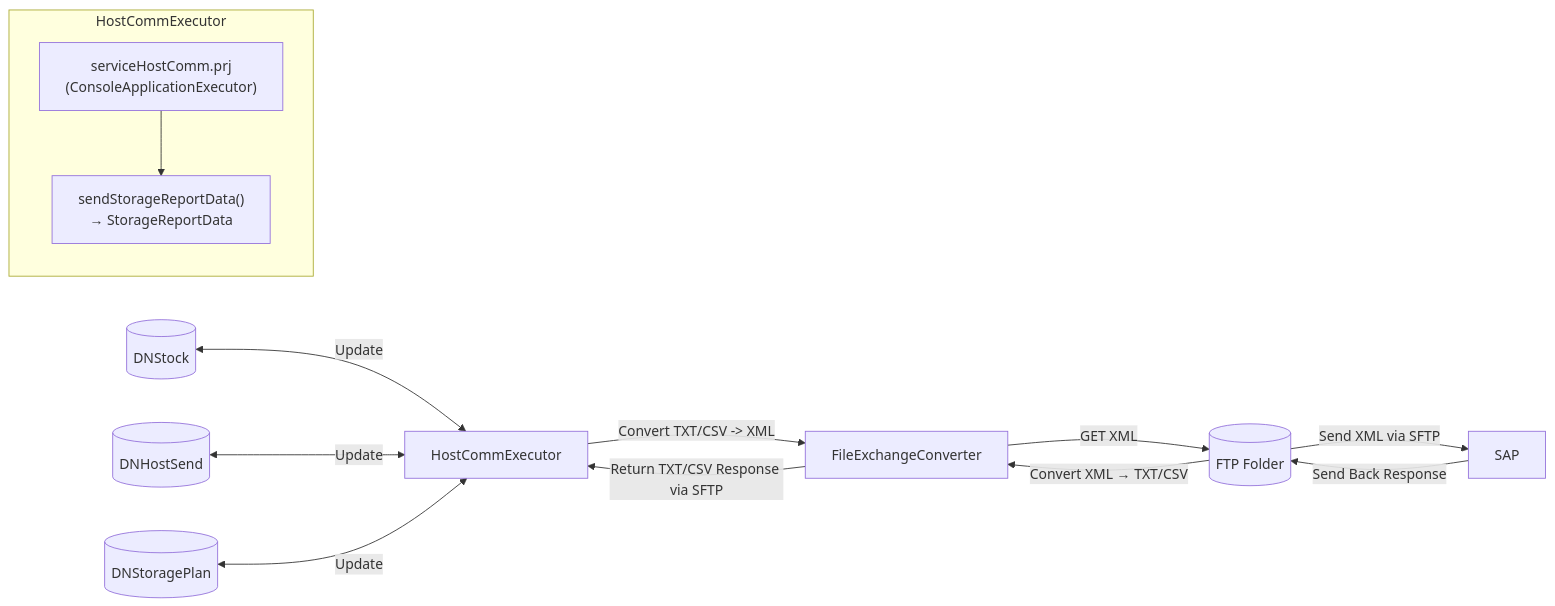
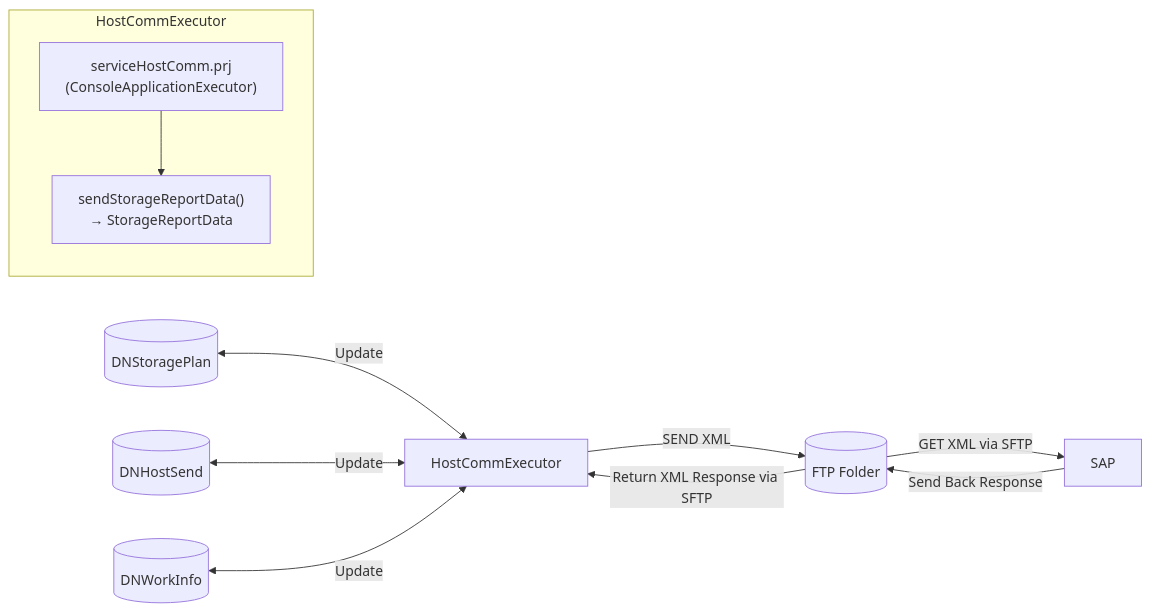
Before and after one commit to luthfiadityaa/SimeDarby-Wiki: the diagram in Basic-Design/Host-Interfaces/Send-Method/Planned-Storage-Result.md, drawn with Mermaid. The commit also changed other lines of this file, not shown here.

```diff
--- a/Basic-Design/Host-Interfaces/Send-Method/Planned-Storage-Result.md
+++ b/Basic-Design/Host-Interfaces/Send-Method/Planned-Storage-Result.md
@@ -11,18 +11,16 @@
 ::: mermaid
 flowchart LR
-    A[HostCommExecutor] -->|Convert TXT/CSV -> XML| B[FileExchangeConverter]
-    B -->|GET XML| C[(FTP Folder)]
-    C -->|Send XML via SFTP| D[SAP]
+    A[HostCommExecutor] --> |SEND XML| C[(FTP Folder)]
+    C -->|GET XML via SFTP| D[SAP]
     D -->|Send Back Response| C
-    C -->|Convert XML → TXT/CSV| B
-    B -->|Return TXT/CSV Response via SFTP| A
-    E[(DNStock)] <--> |Update| A
+    C -->|Return XML Response via SFTP| A
+    E[(DNStoragePlan)] <--> |Update| A
     F[(DNHostSend)] <--> |Update| A
-    G[(DNStoragePlan)] <--> |Update| A
+    G[(DNWorkInfo)] <--> |Update| A
 
      subgraph HostCommExecutor
         C1["serviceHostComm.prj<br>(ConsoleApplicationExecutor)"]
         C2["sendStorageReportData()<br>→ StorageReportData"]
         C1 --> C2
     end
 :::
```
